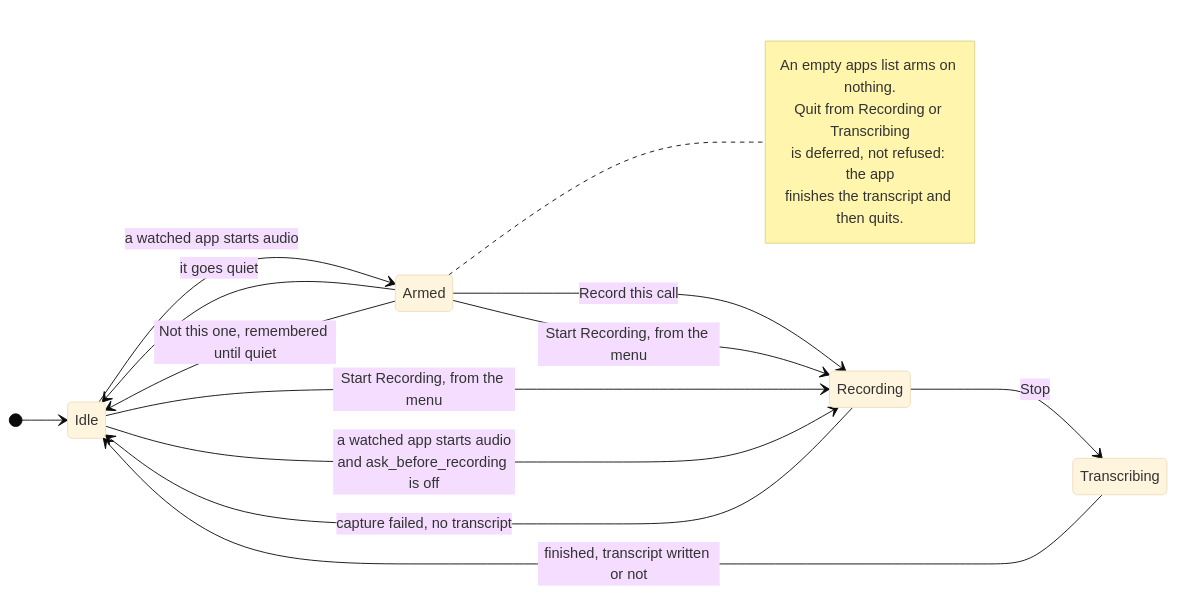
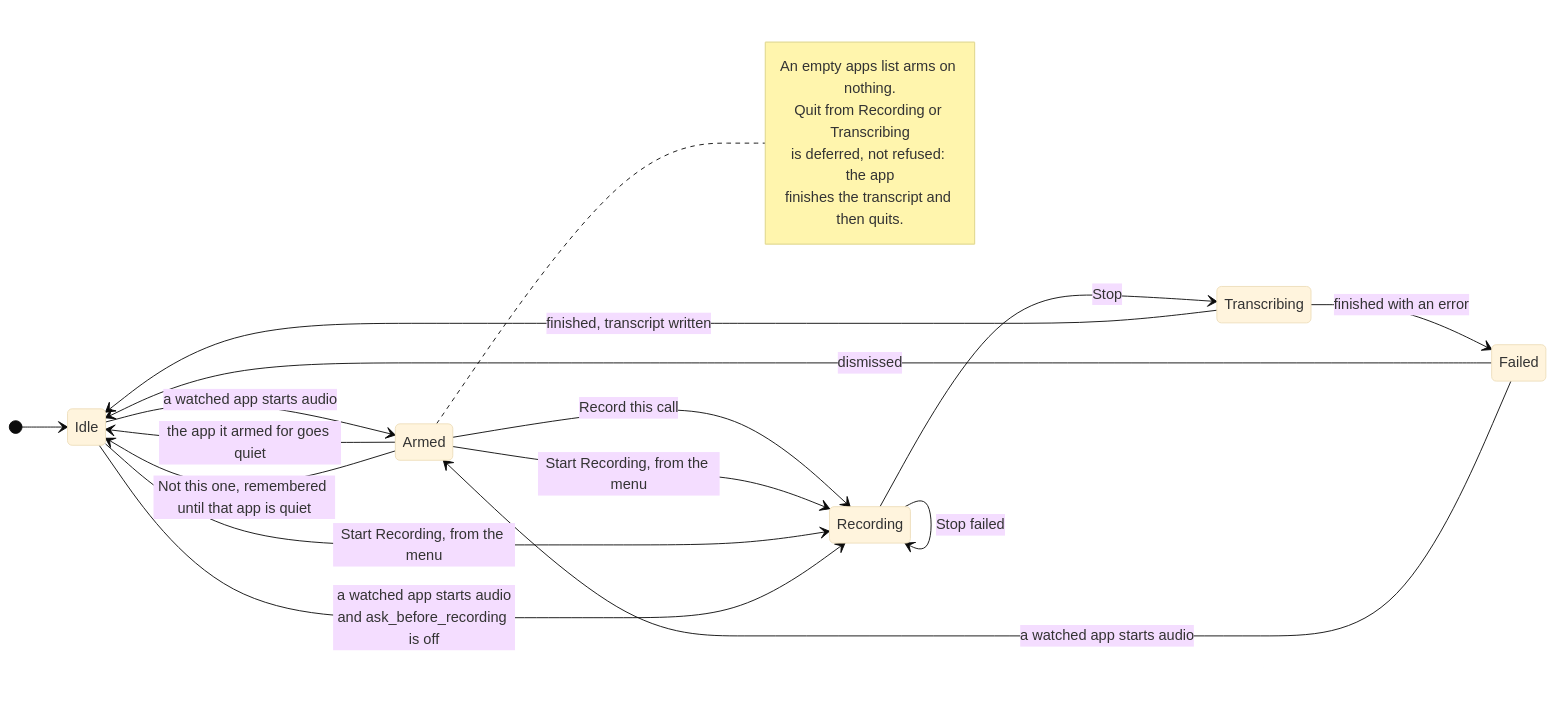
One commit to jasonm4130-labs/ambient changed the diagram in docs/using/what-is-kept.md. Above: the diagram before and after it, drawn with Mermaid (base theme). The commit also changed other lines of this file and 22 other files, not shown here.

````diff
--- a/docs/using/what-is-kept.md
+++ b/docs/using/what-is-kept.md
@@ -16,22 +17,25 @@
 ```mermaid
 stateDiagram-v2
     direction LR
     [*] --> Idle
     Idle --> Armed: a watched app starts audio
     Armed --> Recording: Record this call
-    Armed --> Idle: it goes quiet
-    Armed --> Idle: Not this one, remembered until quiet
+    Armed --> Idle: the app it armed for goes quiet
+    Armed --> Idle: Not this one, remembered until that app is quiet
     Armed --> Recording: Start Recording, from the menu
     Idle --> Recording: Start Recording, from the menu
     Idle --> Recording: a watched app starts audio<br/>and ask_before_recording is off
     Recording --> Transcribing: Stop
-    Recording --> Idle: capture failed, no transcript
-    Transcribing --> Idle: finished, transcript written or not
+    Recording --> Recording: Stop failed
+    Transcribing --> Idle: finished, transcript written
+    Transcribing --> Failed: finished with an error
+    Failed --> Idle: dismissed
+    Failed --> Armed: a watched app starts audio
 
     note right of Armed
         An empty apps list arms on nothing.
         Quit from Recording or Transcribing
         is deferred, not refused: the app
         finishes the transcript and then quits.
     end note
 ```
````
